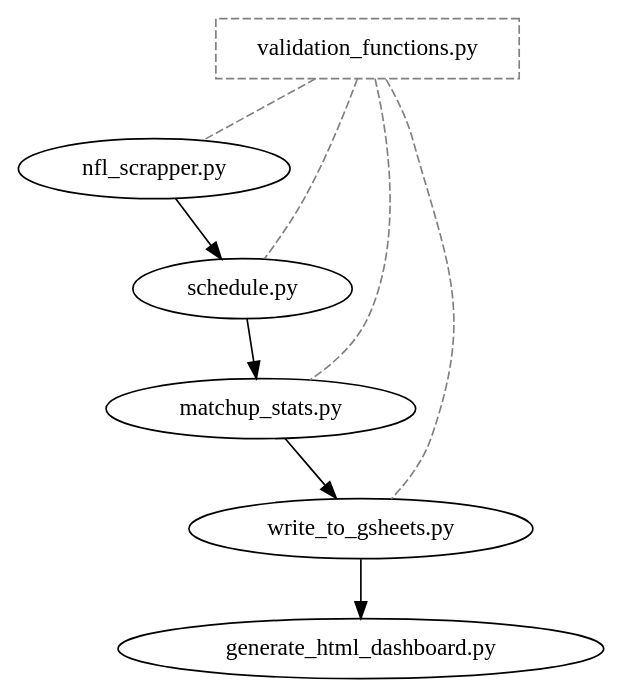
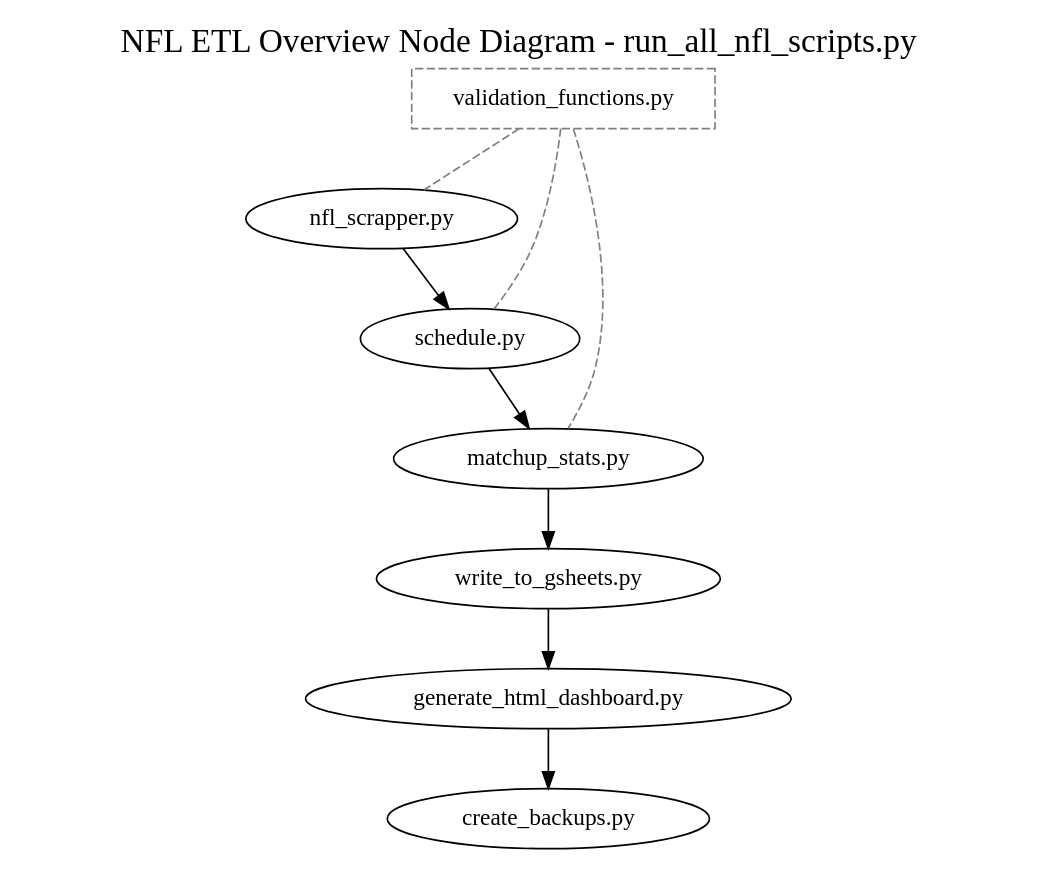
Before and after one commit to VBlackie/NFL-Weekly-Data-2024: the diagram in nfl_etl_pipeline.dot, drawn with Graphviz. The commit also changed 7 other files, not shown here.

Commit message:
Added backup script with an option for deleting old saves. Added Pipeline diagrams for a glimpse overview through dot file. Renamed schedule to schedule_scrapper for consistency

```diff
--- a/nfl_etl_pipeline.dot
+++ b/nfl_etl_pipeline.dot
@@ -1,13 +1,18 @@
 digraph G {
+    label="NFL ETL Overview Node Diagram - run_all_nfl_scripts.py";  // Title for the diagram
+    labelloc="t";  // Position the label at the top
+    fontsize=20;  // Font size for the title
+
+    // Node definition and edges
     "nfl_scrapper.py" -> "schedule.py";
     "schedule.py" -> "matchup_stats.py";
     "matchup_stats.py" -> "write_to_gsheets.py";
     "write_to_gsheets.py" -> "generate_html_dashboard.py";
+    "generate_html_dashboard.py" -> "create_backups.py";
 
     // Adding validation_functions.py as an auxiliary node, excluding generate_html_dashboard.py
     "validation_functions.py" [shape=box, style=dashed, color=grey];
     "validation_functions.py" -> "nfl_scrapper.py" [arrowhead=none, style=dashed, color=grey];
     "validation_functions.py" -> "schedule.py" [arrowhead=none, style=dashed, color=grey];
     "validation_functions.py" -> "matchup_stats.py" [arrowhead=none, style=dashed, color=grey];
-    "validation_functions.py" -> "write_to_gsheets.py" [arrowhead=none, style=dashed, color=grey];
 }
```
